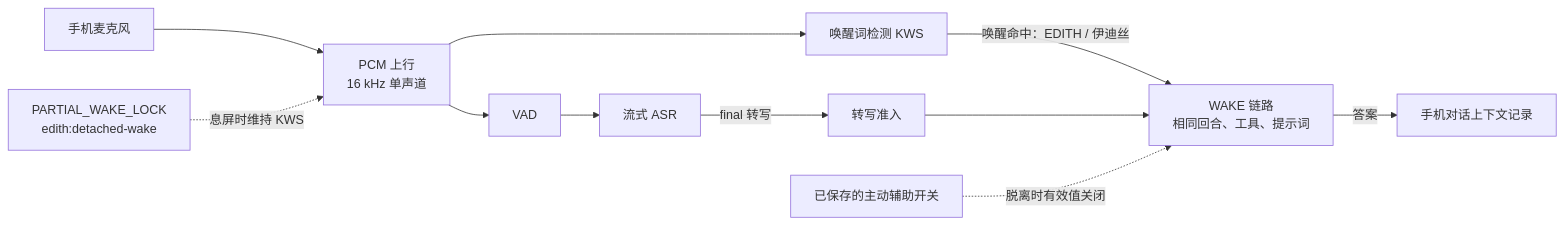
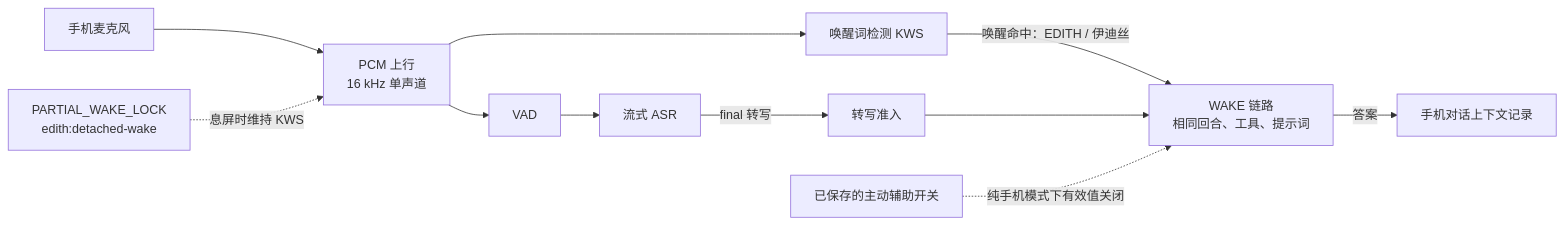
Before and after one commit to EdouardRichard/EDITH: the third of 3 diagrams in README.zh-CN.md, drawn with Mermaid. The commit also changed other lines of this file and 431 other files, not shown here.

````diff
--- a/README.zh-CN.md
+++ b/README.zh-CN.md
@@ -194,11 +215,11 @@
 ```mermaid
 flowchart LR
     MIC["手机麦克风"] --> ING["PCM 上行<br/>16 kHz 单声道"]
     ING --> KWS["唤醒词检测 KWS"]
     ING --> VAD["VAD"] --> ASR["流式 ASR"]
     KWS -- "唤醒命中：EDITH / 伊迪丝" --> CYCLE["WAKE 链路<br/>相同回合、工具、提示词"]
     ASR -- "final 转写" --> ADMIT["转写准入"] --> CYCLE
     CYCLE -- "答案" --> LOG["手机对话上下文记录"]
     LOCK["PARTIAL_WAKE_LOCK<br/>edith:detached-wake"] -. "息屏时维持 KWS" .-> ING
-    STORED["已保存的主动辅助开关"] -. "脱离时有效值关闭" .-> CYCLE
+    STORED["已保存的主动辅助开关"] -. "纯手机模式下有效值关闭" .-> CYCLE
 ```
````
